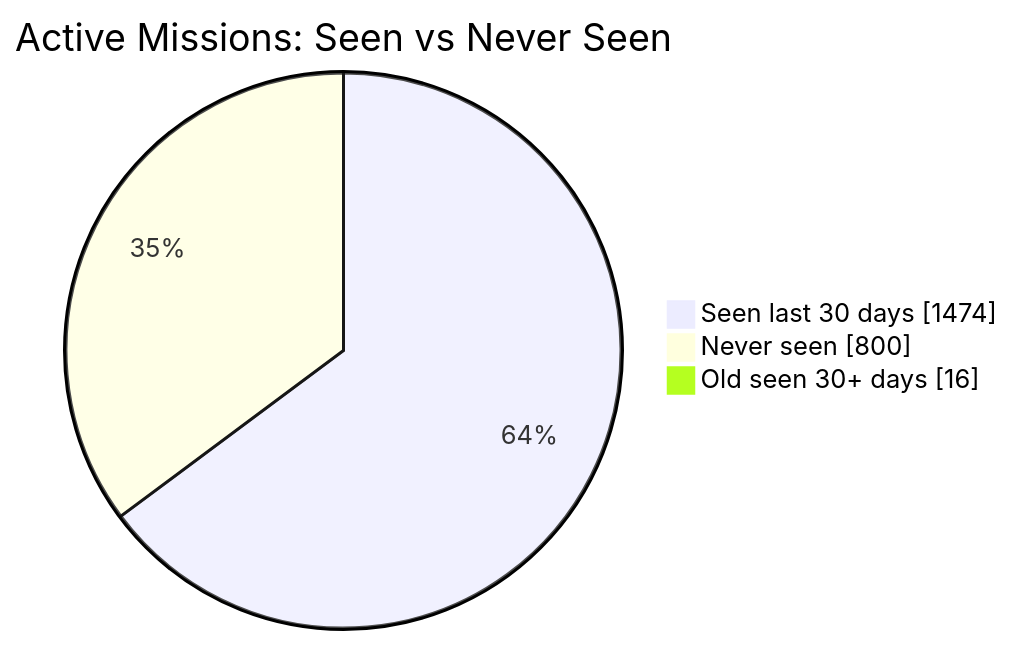
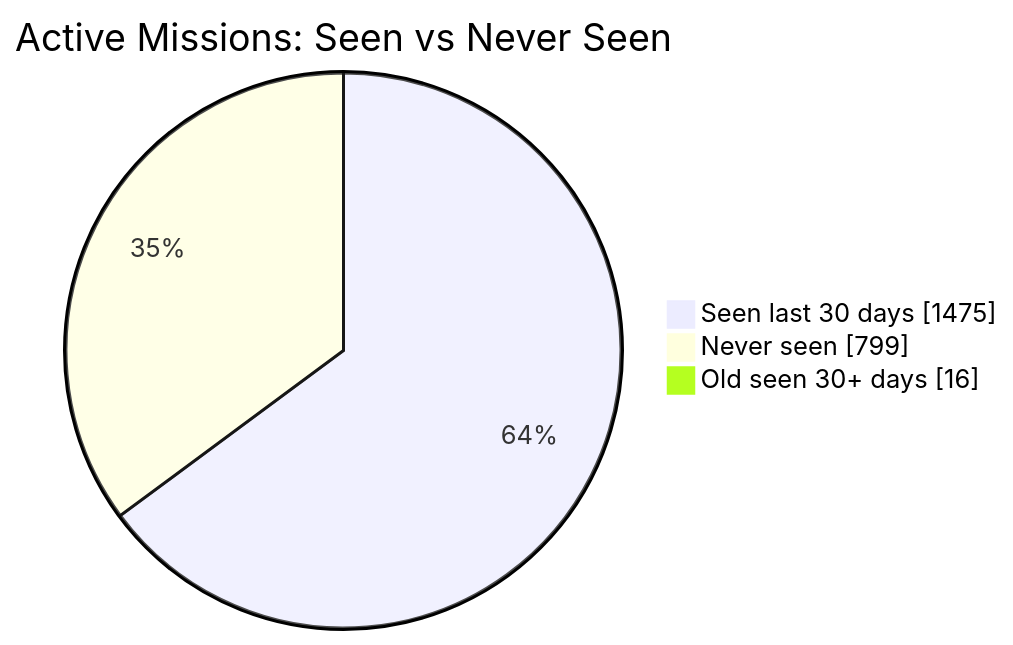
One commit to MeldkamerspelGameTeam/active-missions changed the first of 2 diagrams in README.md. Above: the diagram before and after it, drawn with Mermaid. The commit also changed other lines of this file and 2 other files, not shown here.

````diff
--- a/README.md
+++ b/README.md
@@ -34,7 +34,7 @@
 ```mermaid
 pie showData
     title Active Missions: Seen vs Never Seen
-    "Seen last 30 days" : 1474
-    "Never seen" : 800
+    "Seen last 30 days" : 1475
+    "Never seen" : 799
     "Old seen 30+ days" : 16
 ```
````
